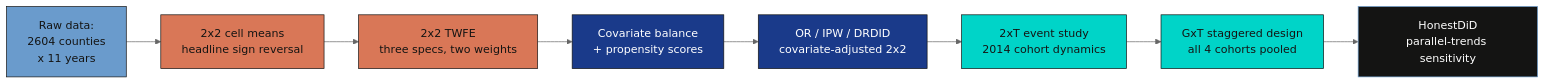
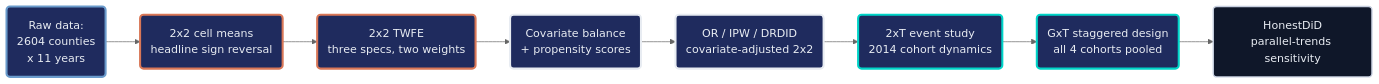
Before and after one commit to cmg777/starter-academic-v501: the diagram in content/post/r_did2/index.md, drawn with Mermaid (neutral theme). The commit also changed 13 other files, not shown here.

First line of the commit message:
content(mermaid): restyle flowcharts in R posts

````diff
--- a/content/post/r_did2/index.md
+++ b/content/post/r_did2/index.md
@@ -204,18 +204,20 @@
 ```mermaid
 graph LR
-  A[Raw data:<br/>2604 counties<br/>x 11 years] --> B[2x2 cell means<br/>headline sign reversal]
-  B --> C[2x2 TWFE<br/>three specs, two weights]
-  C --> D[Covariate balance<br/>+ propensity scores]
-  D --> E[OR / IPW / DRDID<br/>covariate-adjusted 2x2]
-  E --> F[2xT event study<br/>2014 cohort dynamics]
-  F --> G[GxT staggered design<br/>all 4 cohorts pooled]
-  G --> H[HonestDiD<br/>parallel-trends sensitivity]
-  style A fill:#6a9bcc,stroke:#141413,color:#141413
-  style B fill:#d97757,stroke:#141413,color:#141413
-  style C fill:#d97757,stroke:#141413,color:#141413
-  style D fill:#1a3a8a,stroke:#141413,color:#fff
-  style E fill:#1a3a8a,stroke:#141413,color:#fff
-  style F fill:#00d4c8,stroke:#141413,color:#141413
-  style G fill:#00d4c8,stroke:#141413,color:#141413
-  style H fill:#141413,stroke:#6a9bcc,color:#fff
+  A("Raw data:<br/>2604 counties<br/>x 11 years") --> B("2x2 cell means<br/>headline sign reversal")
+  B --> C("2x2 TWFE<br/>three specs, two weights")
+  C --> D("Covariate balance<br/>+ propensity scores")
+  D --> E("OR / IPW / DRDID<br/>covariate-adjusted 2x2")
+  E --> F("2xT event study<br/>2014 cohort dynamics")
+  F --> G("GxT staggered design<br/>all 4 cohorts pooled")
+  G --> H("HonestDiD<br/>parallel-trends sensitivity")
+    classDef blue fill:#1f2b5e,stroke:#6a9bcc,stroke-width:3px,color:#e8ecf2
+    classDef orange fill:#1f2b5e,stroke:#d97757,stroke-width:3px,color:#e8ecf2
+    classDef key fill:#1f2b5e,stroke:#e8ecf2,stroke-width:3px,color:#e8ecf2
+    classDef teal fill:#1f2b5e,stroke:#00d4c8,stroke-width:3px,color:#e8ecf2
+    classDef anchor fill:#0f1729,stroke:#c8d0e0,stroke-width:2px,color:#e8ecf2
+    class A blue
+    class B,C orange
+    class D,E key
+    class F,G teal
+    class H anchor
 ```
````
